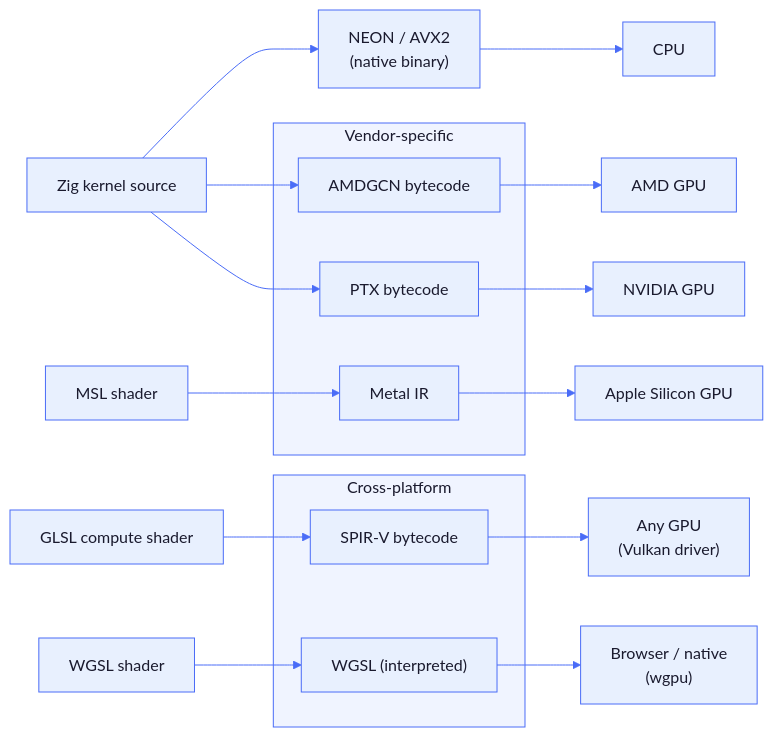
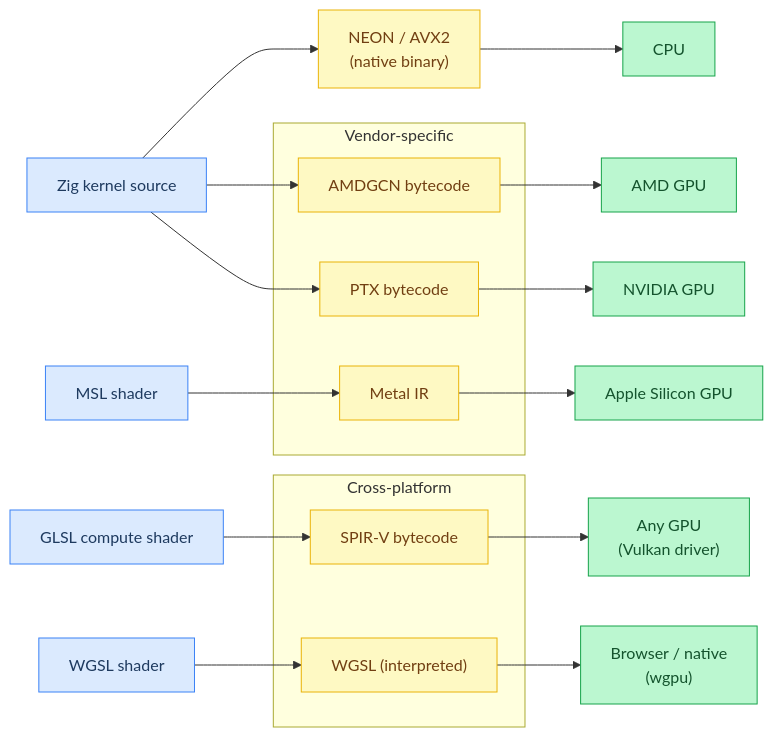
The first of 7 diagrams in docs/tutorial/08-backends.md (maci0/agave), drawn with Mermaid before and after one commit. The commit also changed other lines of this file and 24 other files, not shown here.

First line of the commit message:
docs: convert all mermaid diagrams to classDef semantic colors

````diff
--- a/docs/tutorial/08-backends.md
+++ b/docs/tutorial/08-backends.md
@@ -11,45 +11,54 @@
 ```mermaid
-%%{init: {'theme': 'base', 'themeVariables': {
-  'primaryColor': '#e8f0fe',
-  'primaryTextColor': '#1a1a2e',
-  'primaryBorderColor': '#4a6cf7',
-  'lineColor': '#4a6cf7',
-  'secondaryColor': '#f0f4ff',
-  'tertiaryColor': '#f8f9ff',
-  'edgeLabelBackground': '#ffffff',
-  'clusterBkg': '#f0f4ff',
-  'clusterBorder': '#4a6cf7',
-  'titleColor': '#1a1a2e',
-  'nodeTextColor': '#1a1a2e',
-  'fontFamily': 'ui-monospace, SFMono-Regular, monospace'
-}}}%%
 flowchart LR
-    Zig["Zig kernel source"]
+    classDef setup     fill:#dbeafe,stroke:#3b82f6,color:#1e3a5f
+    classDef sync      fill:#dcfce7,stroke:#22c55e,color:#14532d
+    classDef migration fill:#fef9c3,stroke:#eab308,color:#713f12
+    classDef success   fill:#bbf7d0,stroke:#16a34a,color:#14532d
+    classDef danger    fill:#fee2e2,stroke:#ef4444,color:#7f1d1d
+    classDef optional  fill:#f3e8ff,stroke:#9333ea,color:#581c87
 
-    Zig --> PTX["PTX bytecode"]
-    Zig --> AMDGCN["AMDGCN bytecode"]
-    Zig --> NEON["NEON / AVX2\n(native binary)"]
+    Zig["Zig kernel source"]:::setup
 
-    PTX --> NVIDIA["NVIDIA GPU"]
-    AMDGCN --> AMD["AMD GPU"]
-    NEON --> CPU["CPU"]
+    PTX["PTX bytecode"]:::migration
+    AMDGCN["AMDGCN bytecode"]:::migration
+    NEON["NEON / AVX2\n(native binary)"]:::migration
+    MSL["MSL shader"]:::setup
+    GLSL["GLSL compute shader"]:::setup
+    WGSL["WGSL shader"]:::setup
+    MetalIR["Metal IR"]:::migration
+    SPIRV["SPIR-V bytecode"]:::migration
+    WGSL2["WGSL (interpreted)"]:::migration
+    NVIDIA["NVIDIA GPU"]:::success
+    AMD["AMD GPU"]:::success
+    CPU["CPU"]:::success
+    Apple["Apple Silicon GPU"]:::success
+    AnyGPU["Any GPU\n(Vulkan driver)"]:::success
+    Browser["Browser / native\n(wgpu)"]:::success
 
-    MSL["MSL shader"] --> MetalIR["Metal IR"]
-    GLSL["GLSL compute shader"] --> SPIRV["SPIR-V bytecode"]
-    WGSL["WGSL shader"] --> WGSL2["WGSL (interpreted)"]
+    Zig --> PTX
+    Zig --> AMDGCN
+    Zig --> NEON
 
-    MetalIR --> Apple["Apple Silicon GPU"]
-    SPIRV --> AnyGPU["Any GPU\n(Vulkan driver)"]
-    WGSL2 --> Browser["Browser / native\n(wgpu)"]
+    PTX --> NVIDIA
+    AMDGCN --> AMD
+    NEON --> CPU
+
+    MSL --> MetalIR
+    GLSL --> SPIRV
+    WGSL --> WGSL2
+
+    MetalIR --> Apple
+    SPIRV --> AnyGPU
+    WGSL2 --> Browser
 
     subgraph Vendor-specific
         PTX
         AMDGCN
         MetalIR
     end
 
     subgraph Cross-platform
         SPIRV
         WGSL2
     end
 ```
````
